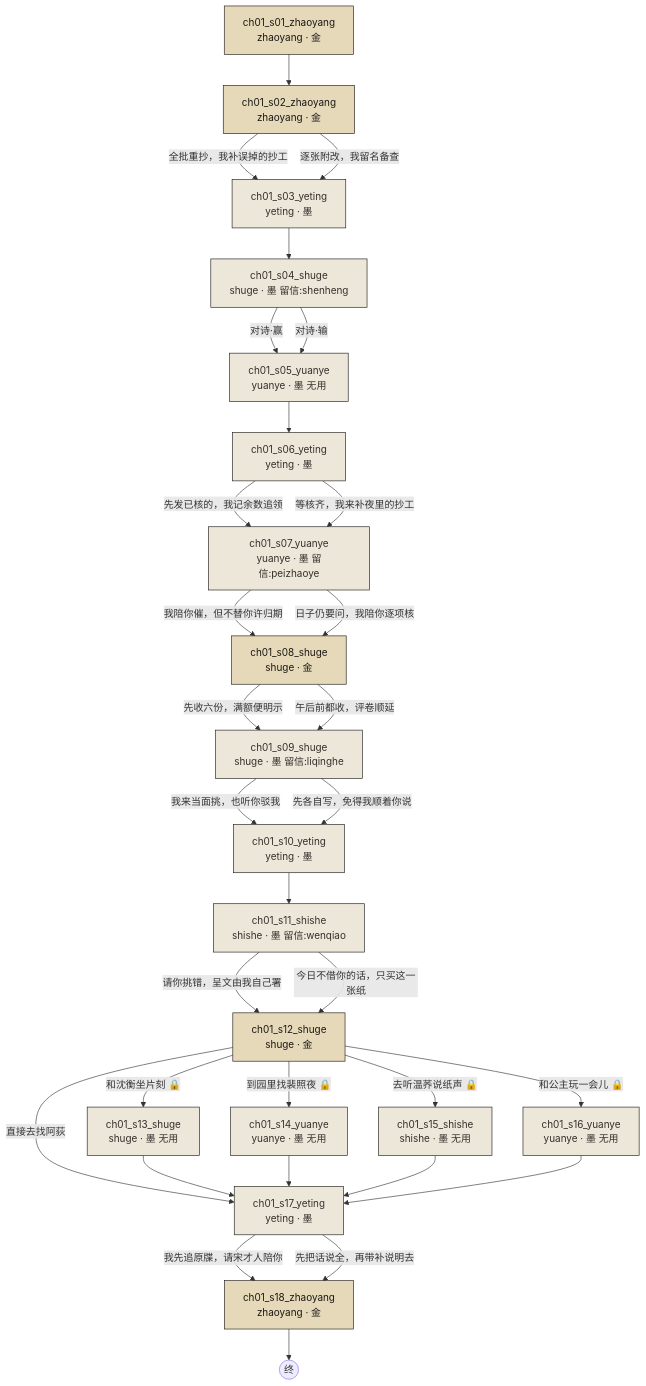
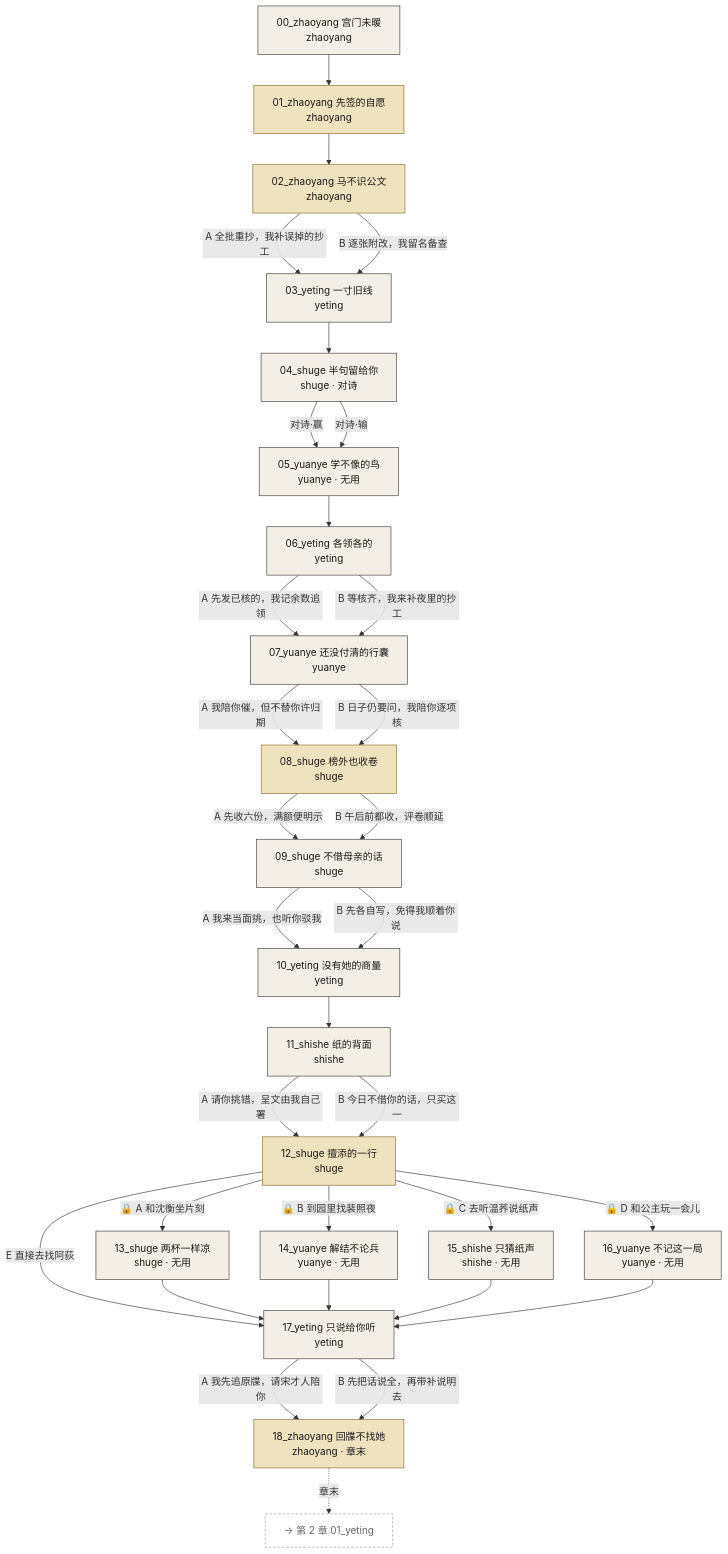
Before and after one commit to Yidizhu/wuzetian: the first of 3 diagrams in docs/story-graph.md, drawn with Mermaid. The commit also changed other lines of this file and 88 other files, not shown here.

````diff
--- a/docs/story-graph.md
+++ b/docs/story-graph.md
@@ -9,56 +18,58 @@
 ```mermaid
 flowchart TD
-  ch01_s01_zhaoyang["ch01_s01_zhaoyang<br/>zhaoyang · 金"]
-  ch01_s02_zhaoyang["ch01_s02_zhaoyang<br/>zhaoyang · 金"]
-  ch01_s03_yeting["ch01_s03_yeting<br/>yeting · 墨"]
-  ch01_s04_shuge["ch01_s04_shuge<br/>shuge · 墨 留信:shenheng"]
-  ch01_s05_yuanye["ch01_s05_yuanye<br/>yuanye · 墨 无用"]
-  ch01_s06_yeting["ch01_s06_yeting<br/>yeting · 墨"]
-  ch01_s07_yuanye["ch01_s07_yuanye<br/>yuanye · 墨 留信:peizhaoye"]
-  ch01_s08_shuge["ch01_s08_shuge<br/>shuge · 金"]
-  ch01_s09_shuge["ch01_s09_shuge<br/>shuge · 墨 留信:liqinghe"]
-  ch01_s10_yeting["ch01_s10_yeting<br/>yeting · 墨"]
-  ch01_s11_shishe["ch01_s11_shishe<br/>shishe · 墨 留信:wenqiao"]
-  ch01_s12_shuge["ch01_s12_shuge<br/>shuge · 金"]
-  ch01_s13_shuge["ch01_s13_shuge<br/>shuge · 墨 无用"]
-  ch01_s14_yuanye["ch01_s14_yuanye<br/>yuanye · 墨 无用"]
-  ch01_s15_shishe["ch01_s15_shishe<br/>shishe · 墨 无用"]
-  ch01_s16_yuanye["ch01_s16_yuanye<br/>yuanye · 墨 无用"]
-  ch01_s17_yeting["ch01_s17_yeting<br/>yeting · 墨"]
-  ch01_s18_zhaoyang["ch01_s18_zhaoyang<br/>zhaoyang · 金"]
+  classDef ink fill:#f4efe6,stroke:#3a3a3a,color:#1a1a1a
+  classDef gold fill:#efe2bf,stroke:#8a6a2a,color:#1a1a1a
+  classDef orphan stroke:#b23a2a,stroke-width:3px
+  classDef pending fill:#ffffff,stroke:#999,stroke-dasharray:4 3,color:#666
+  ch01_s00_zhaoyang["00_zhaoyang 宫门未暖<br/>zhaoyang"]:::ink
+  ch01_s01_zhaoyang["01_zhaoyang 先签的自愿<br/>zhaoyang"]:::gold
+  ch01_s02_zhaoyang["02_zhaoyang 马不识公文<br/>zhaoyang"]:::gold
+  ch01_s03_yeting["03_yeting 一寸旧线<br/>yeting"]:::ink
+  ch01_s04_shuge["04_shuge 半句留给你<br/>shuge · 对诗"]:::ink
+  ch01_s05_yuanye["05_yuanye 学不像的鸟<br/>yuanye · 无用"]:::ink
+  ch01_s06_yeting["06_yeting 各领各的<br/>yeting"]:::ink
+  ch01_s07_yuanye["07_yuanye 还没付清的行囊<br/>yuanye"]:::ink
+  ch01_s08_shuge["08_shuge 榜外也收卷<br/>shuge"]:::gold
+  ch01_s09_shuge["09_shuge 不借母亲的话<br/>shuge"]:::ink
+  ch01_s10_yeting["10_yeting 没有她的商量<br/>yeting"]:::ink
+  ch01_s11_shishe["11_shishe 纸的背面<br/>shishe"]:::ink
+  ch01_s12_shuge["12_shuge 擅添的一行<br/>shuge"]:::gold
+  ch01_s13_shuge["13_shuge 两杯一样凉<br/>shuge · 无用"]:::ink
+  ch01_s14_yuanye["14_yuanye 解结不论兵<br/>yuanye · 无用"]:::ink
+  ch01_s15_shishe["15_shishe 只猜纸声<br/>shishe · 无用"]:::ink
+  ch01_s16_yuanye["16_yuanye 不记这一局<br/>yuanye · 无用"]:::ink
+  ch01_s17_yeting["17_yeting 只说给你听<br/>yeting"]:::ink
+  ch01_s18_zhaoyang["18_zhaoyang 回牒不找她<br/>zhaoyang · 章末"]:::gold
+  ch01_s00_zhaoyang --> ch01_s01_zhaoyang
   ch01_s01_zhaoyang --> ch01_s02_zhaoyang
-  ch01_s02_zhaoyang -->|"全批重抄，我补误掉的抄工"| ch01_s03_yeting
-  ch01_s02_zhaoyang -->|"逐张附改，我留名备查"| ch01_s03_yeting
+  ch01_s02_zhaoyang -->|"A 全批重抄，我补误掉的抄工"| ch01_s03_yeting
+  ch01_s02_zhaoyang -->|"B 逐张附改，我留名备查"| ch01_s03_yeting
   ch01_s03_yeting --> ch01_s04_shuge
   ch01_s04_shuge -->|"对诗·赢"| ch01_s05_yuanye
   ch01_s04_shuge -->|"对诗·输"| ch01_s05_yuanye
   ch01_s05_yuanye --> ch01_s06_yeting
-  ch01_s06_yeting -->|"先发已核的，我记余数追领"| ch01_s07_yuanye
-  ch01_s06_yeting -->|"等核齐，我来补夜里的抄工"| ch01_s07_yuanye
-  ch01_s07_yuanye -->|"我陪你催，但不替你许归期"| ch01_s08_shuge
-  ch01_s07_yuanye -->|"日子仍要问，我陪你逐项核"| ch01_s08_shuge
-  ch01_s08_shuge -->|"先收六份，满额便明示"| ch01_s09_shuge
-  ch01_s08_shuge -->|"午后前都收，评卷顺延"| ch01_s09_shuge
-  ch01_s09_shuge -->|"我来当面挑，也听你驳我"| ch01_s10_yeting
-  ch01_s09_shuge -->|"先各自写，免得我顺着你说"| ch01_s10_yeting
+  ch01_s06_yeting -->|"A 先发已核的，我记余数追领"| ch01_s07_yuanye
+  ch01_s06_yeting -->|"B 等核齐，我来补夜里的抄工"| ch01_s07_yuanye
+  ch01_s07_yuanye -->|"A 我陪你催，但不替你许归期"| ch01_s08_shuge
+  ch01_s07_yuanye -->|"B 日子仍要问，我陪你逐项核"| ch01_s08_shuge
+  ch01_s08_shuge -->|"A 先收六份，满额便明示"| ch01_s09_shuge
+  ch01_s08_shuge -->|"B 午后前都收，评卷顺延"| ch01_s09_shuge
+  ch01_s09_shuge -->|"A 我来当面挑，也听你驳我"| ch01_s10_yeting
+  ch01_s09_shuge -->|"B 先各自写，免得我顺着你说"| ch01_s10_yeting
   ch01_s10_yeting --> ch01_s11_shishe
-  ch01_s11_shishe -->|"请你挑错，呈文由我自己署"| ch01_s12_shuge
-  ch01_s11_shishe -->|"今日不借你的话，只买这一张纸"| ch01_s12_shuge
-  ch01_s12_shuge -->|"和沈衡坐片刻 🔒"| ch01_s13_shuge
-  ch01_s12_shuge -->|"到园里找裴照夜 🔒"| ch01_s14_yuanye
-  ch01_s12_shuge -->|"去听温荞说纸声 🔒"| ch01_s15_shishe
-  ch01_s12_shuge -->|"和公主玩一会儿 🔒"| ch01_s16_yuanye
-  ch01_s12_shuge -->|"直接去找阿荻"| ch01_s17_yeting
+  ch01_s11_shishe -->|"A 请你挑错，呈文由我自己署"| ch01_s12_shuge
+  ch01_s11_shishe -->|"B 今日不借你的话，只买这一"| ch01_s12_shuge
+  ch01_s12_shuge -->|"🔒 A 和沈衡坐片刻"| ch01_s13_shuge
+  ch01_s12_shuge -->|"🔒 B 到园里找裴照夜"| ch01_s14_yuanye
+  ch01_s12_shuge -->|"🔒 C 去听温荞说纸声"| ch01_s15_shishe
+  ch01_s12_shuge -->|"🔒 D 和公主玩一会儿"| ch01_s16_yuanye
+  ch01_s12_shuge -->|"E 直接去找阿荻"| ch01_s17_yeting
   ch01_s13_shuge --> ch01_s17_yeting
   ch01_s14_yuanye --> ch01_s17_yeting
   ch01_s15_shishe --> ch01_s17_yeting
   ch01_s16_yuanye --> ch01_s17_yeting
-  ch01_s17_yeting -->|"我先追原牒，请宋才人陪你"| ch01_s18_zhaoyang
-  ch01_s17_yeting -->|"先把话说全，再带补说明去"| ch01_s18_zhaoyang
-  ch01_s18_zhaoyang --> END_ch01_s18_zhaoyang(("终"))
-  classDef gold fill:#E6D9B9,stroke:#1A1815,color:#1A1815;
-  classDef ink  fill:#EDE7DA,stroke:#1A1815,color:#33302B;
-  classDef lost fill:#EDE7DA,stroke:#A8232A,stroke-width:2px,color:#A8232A;
-  class ch01_s01_zhaoyang,ch01_s02_zhaoyang,ch01_s08_shuge,ch01_s12_shuge,ch01_s18_zhaoyang gold;
-  class ch01_s03_yeting,ch01_s04_shuge,ch01_s05_yuanye,ch01_s06_yeting,ch01_s07_yuanye,ch01_s09_shuge,ch01_s10_yeting,ch01_s11_shishe,ch01_s13_shuge,ch01_s14_yuanye,ch01_s15_shishe,ch01_s16_yuanye,ch01_s17_yeting ink;
+  ch01_s17_yeting -->|"A 我先追原牒，请宋才人陪你"| ch01_s18_zhaoyang
+  ch01_s17_yeting -->|"B 先把话说全，再带补说明去"| ch01_s18_zhaoyang
+  ch01_s18_zhaoyang -.->|"章末"| ch02_s01_yeting
+  ch02_s01_yeting["→ 第 2 章 01_yeting"]:::pending
 ```
````
